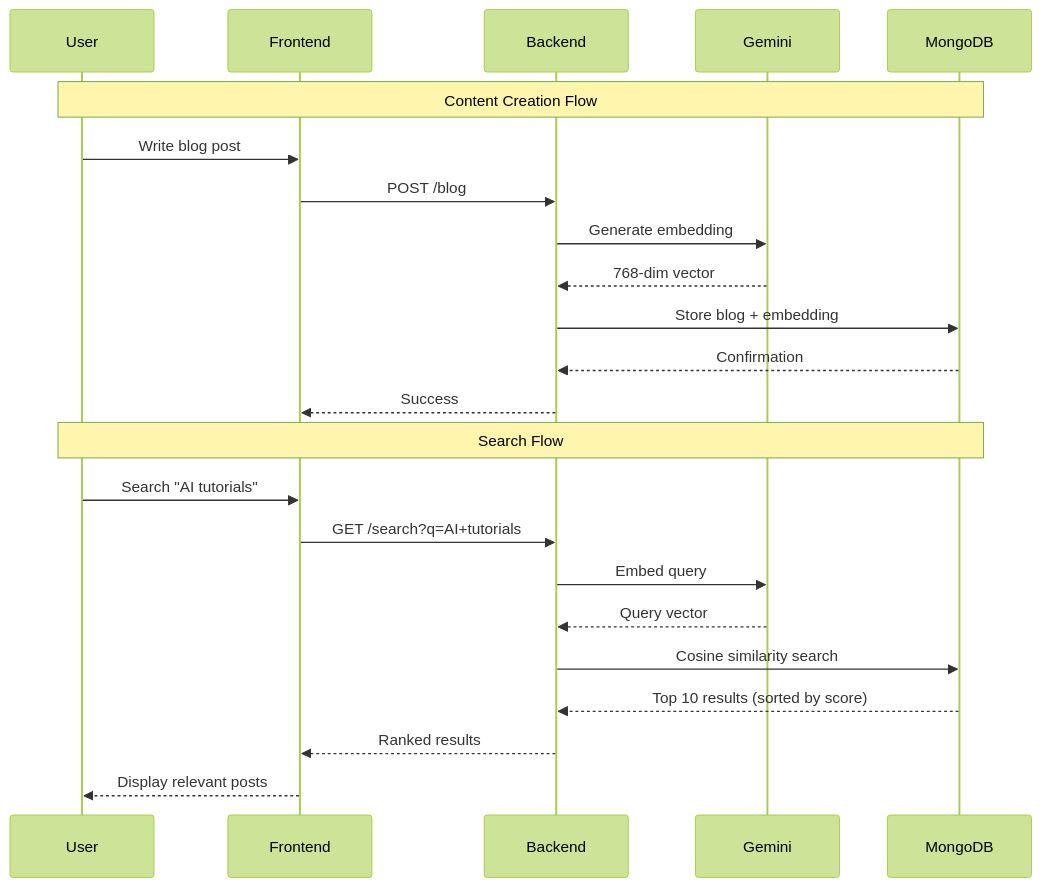
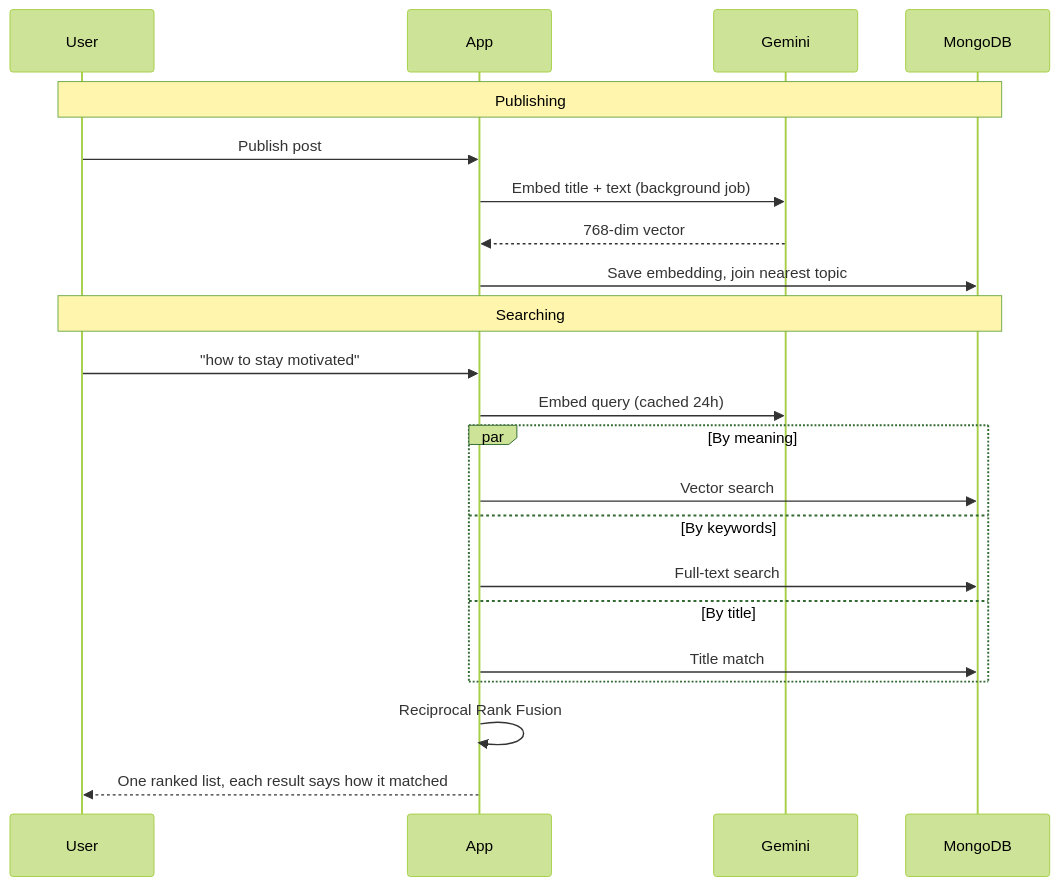
The second of 2 diagrams in README.md (MayankParashar28/Lumina), drawn with Mermaid (forest theme) before and after one commit. The commit also changed other lines of this file, not shown here.

````diff
--- a/README.md
+++ b/README.md
@@ -98,27 +164,26 @@
 ```mermaid
 sequenceDiagram
     participant User
-    participant Frontend
-    participant Backend
+    participant App
     participant Gemini
     participant MongoDB
-    
-    Note over User,MongoDB: Content Creation Flow
-    User->>Frontend: Write blog post
-    Frontend->>Backend: POST /blog
-    Backend->>Gemini: Generate embedding
-    Gemini-->>Backend: 768-dim vector
-    Backend->>MongoDB: Store blog + embedding
-    MongoDB-->>Backend: Confirmation
-    Backend-->>Frontend: Success
-    
-    Note over User,MongoDB: Search Flow
-    User->>Frontend: Search "AI tutorials"
-    Frontend->>Backend: GET /search?q=AI+tutorials
-    Backend->>Gemini: Embed query
-    Gemini-->>Backend: Query vector
-    Backend->>MongoDB: Cosine similarity search
-    MongoDB-->>Backend: Top 10 results (sorted by score)
-    Backend-->>Frontend: Ranked results
-    Frontend-->>User: Display relevant posts
+
+    Note over User,MongoDB: Publishing
+    User->>App: Publish post
+    App->>Gemini: Embed title + text (background job)
+    Gemini-->>App: 768-dim vector
+    App->>MongoDB: Save embedding, join nearest topic
+
+    Note over User,MongoDB: Searching
+    User->>App: "how to stay motivated"
+    App->>Gemini: Embed query (cached 24h)
+    par By meaning
+        App->>MongoDB: Vector search
+    and By keywords
+        App->>MongoDB: Full-text search
+    and By title
+        App->>MongoDB: Title match
+    end
+    App->>App: Reciprocal Rank Fusion
+    App-->>User: One ranked list, each result says how it matched
 ```
````
